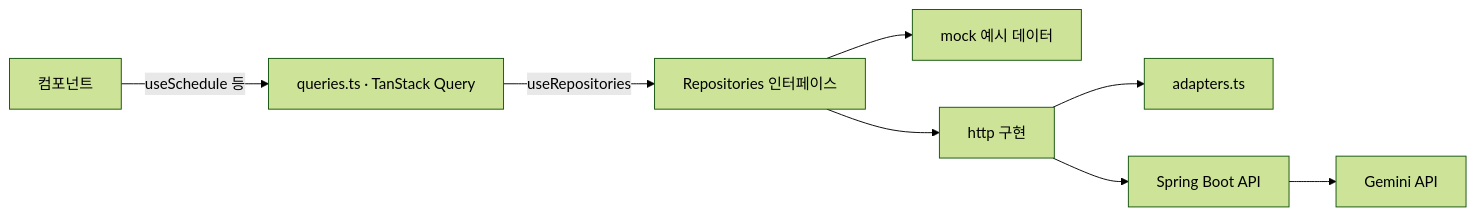
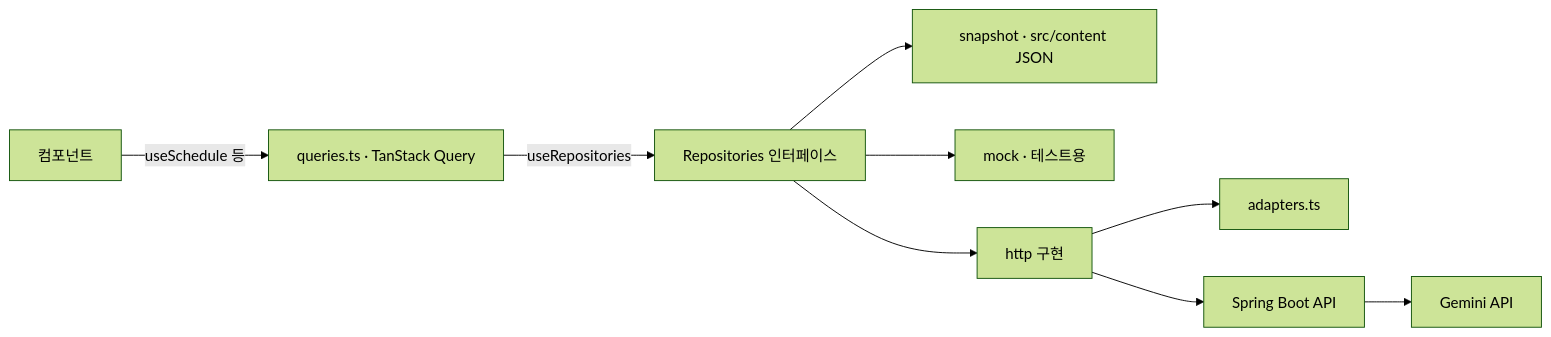
Before and after one commit to monggu03/gdghomepage: the diagram in docs/ARCHITECTURE.md, drawn with Mermaid (forest theme). The commit also changed other lines of this file and 143 other files, not shown here.

````diff
--- a/docs/ARCHITECTURE.md
+++ b/docs/ARCHITECTURE.md
@@ -25,10 +26,11 @@
 ```mermaid
 flowchart LR
   C[컴포넌트] -->|useSchedule 등| Q[queries.ts · TanStack Query]
   Q -->|useRepositories| R[Repositories 인터페이스]
-  R --> M[mock 예시 데이터]
+  R --> N[snapshot · src/content JSON]
+  R --> M[mock · 테스트용]
   R --> H[http 구현]
   H --> A[adapters.ts]
   H --> S[Spring Boot API]
   S --> G[Gemini API]
 ```
````
